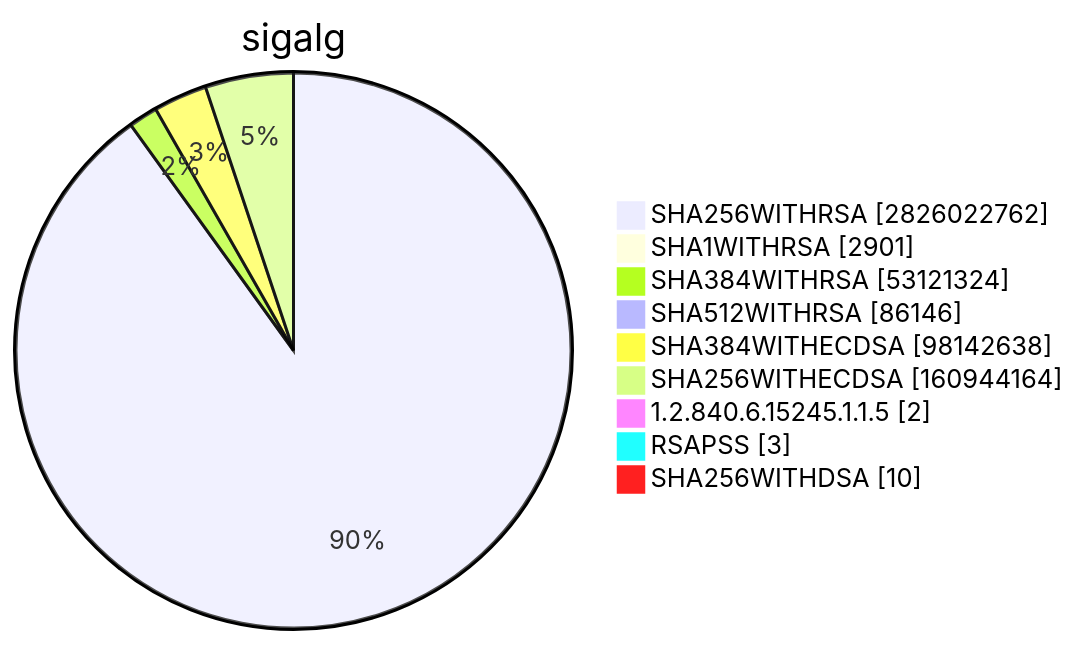
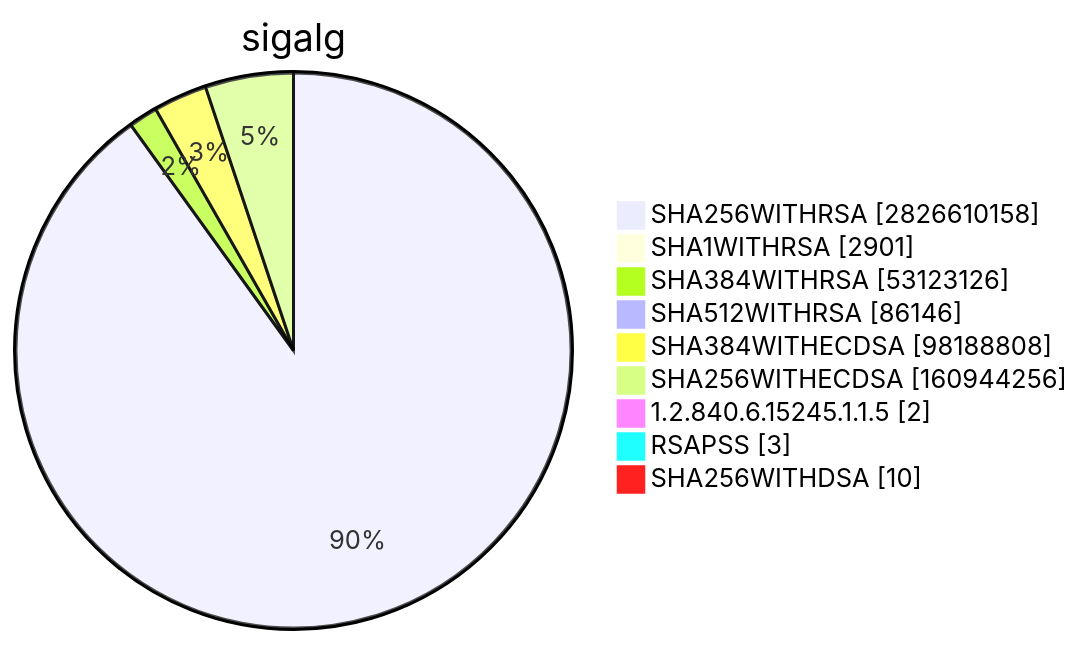
Diagram 15 of 15 in TOTAL/README.md (christiankrug/ctmonitor_visualization), drawn with Mermaid before and after one commit. The commit also changed other lines of this file, not shown here.

````diff
--- a/TOTAL/README.md
+++ b/TOTAL/README.md
@@ -6207,13 +6207,13 @@
 ```mermaid
 pie showData
 title sigalg
-"SHA256WITHRSA" :2826022762
+"SHA256WITHRSA" :2826610158
 "SHA1WITHRSA" :2901
-"SHA384WITHRSA" :53121324
+"SHA384WITHRSA" :53123126
 "SHA512WITHRSA" :86146
-"SHA384WITHECDSA" :98142638
-"SHA256WITHECDSA" :160944164
+"SHA384WITHECDSA" :98188808
+"SHA256WITHECDSA" :160944256
 "1.2.840.6.15245.1.1.5" :2
 "RSAPSS" :3
 "SHA256WITHDSA" :10
 ```
````
